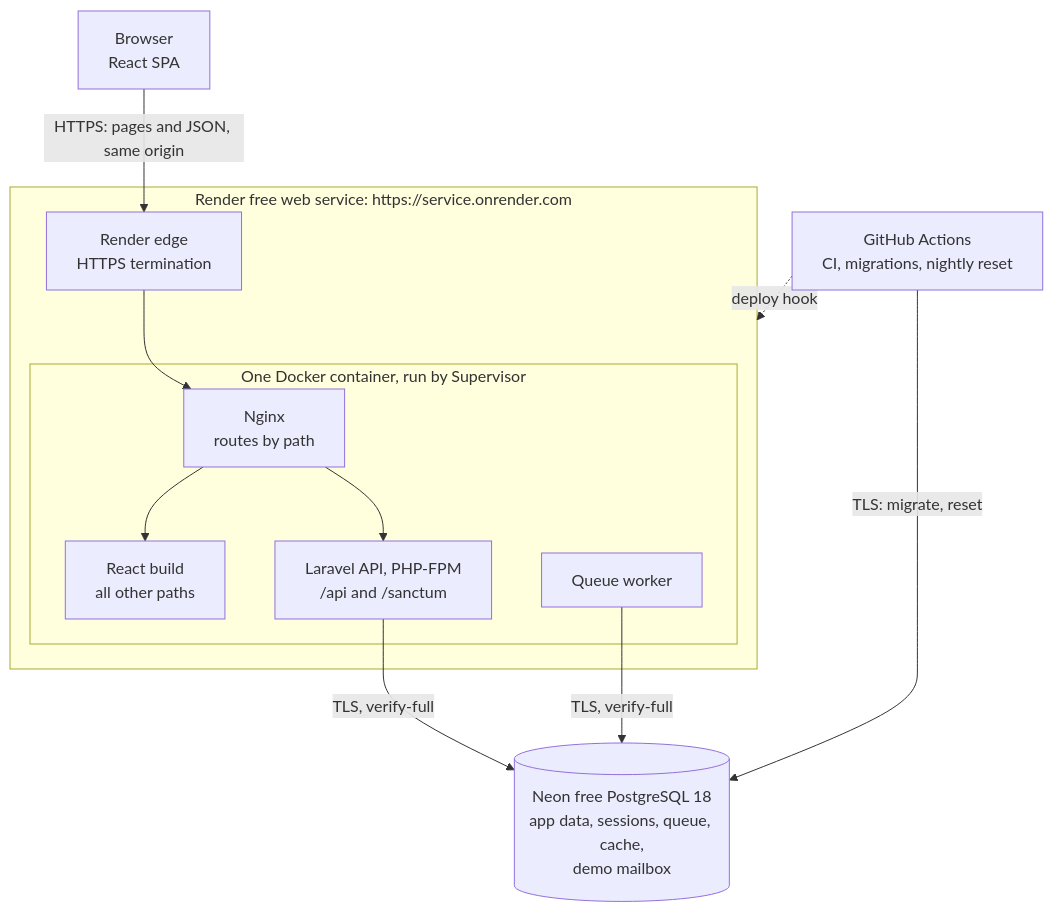
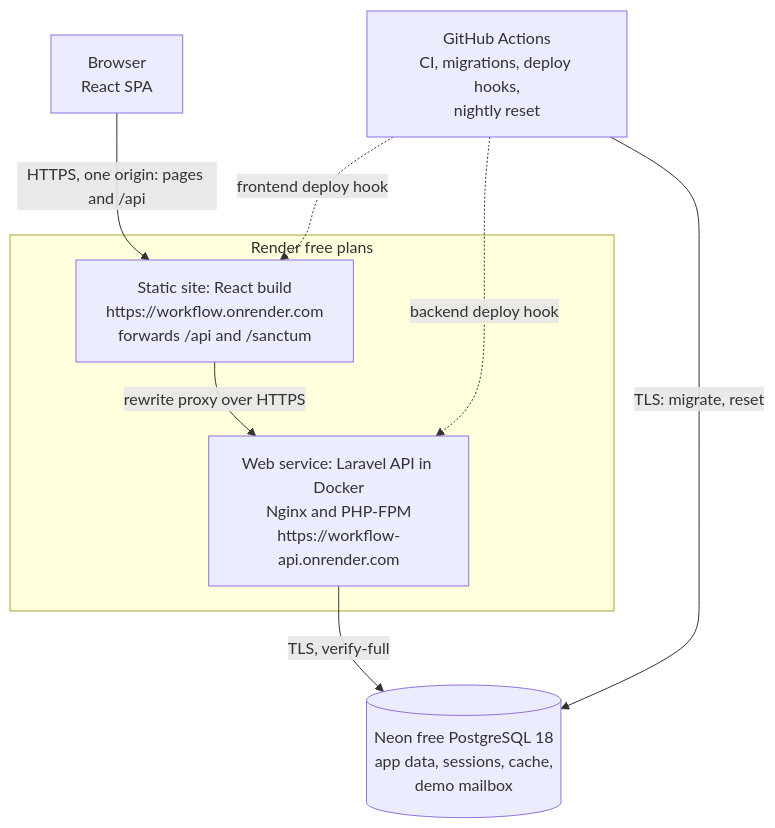
One commit to Martins-Code/workflow changed the first of 2 diagrams in docs/02-system-architecture.md. Above: the diagram before and after it, drawn with Mermaid. The commit also changed other lines of this file and 5 other files, not shown here.

Commit message:
docs: separate Render services with frontend proxy and no queue worker

````diff
--- a/docs/02-system-architecture.md
+++ b/docs/02-system-architecture.md
@@ -13,26 +13,19 @@
 ```mermaid
 flowchart TB
     Browser["Browser<br/>React SPA"]
 
-    subgraph Render["Render free web service: https://service.onrender.com"]
-        Edge["Render edge<br/>HTTPS termination"]
-        subgraph Container["One Docker container, run by Supervisor"]
-            Web["Nginx<br/>routes by path"]
-            Static["React build<br/>all other paths"]
-            API["Laravel API, PHP-FPM<br/>/api and /sanctum"]
-            Worker["Queue worker"]
-        end
+    subgraph Render["Render free plans"]
+        Static["Static site: React build<br/>https://workflow.onrender.com<br/>forwards /api and /sanctum"]
+        API["Web service: Laravel API in Docker<br/>Nginx and PHP-FPM<br/>https://workflow-api.onrender.com"]
     end
 
-    DB[("Neon free PostgreSQL 18<br/>app data, sessions, queue, cache,<br/>demo mailbox")]
-    Actions["GitHub Actions<br/>CI, migrations, nightly reset"]
+    DB[("Neon free PostgreSQL 18<br/>app data, sessions, cache,<br/>demo mailbox")]
+    Actions["GitHub Actions<br/>CI, migrations, deploy hooks,<br/>nightly reset"]
 
-    Browser -->|"HTTPS: pages and JSON, same origin"| Edge
-    Edge --> Web
-    Web --> Static
-    Web --> API
+    Browser -->|"HTTPS, one origin: pages and /api"| Static
+    Static -->|"rewrite proxy over HTTPS"| API
     API -->|"TLS, verify-full"| DB
-    Worker -->|"TLS, verify-full"| DB
     Actions -->|"TLS: migrate, reset"| DB
-    Actions -.->|"deploy hook"| Render
+    Actions -.->|"frontend deploy hook"| Static
+    Actions -.->|"backend deploy hook"| API
 ```
````
